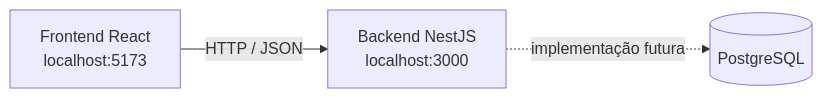
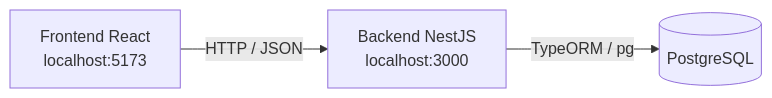
Before and after one commit to matheusgvl/assinaturaDigital: the first of 2 diagrams in README.md, drawn with Mermaid. The commit also changed other lines of this file and 3 other files, not shown here.

Commit message:
docs: documenta persistencia PostgreSQL e evidencias Ref #69

````diff
--- a/README.md
+++ b/README.md
@@ -11,5 +11,5 @@
 ```mermaid
 flowchart LR
   F[Frontend React\nlocalhost:5173] -->|HTTP / JSON| B[Backend NestJS\nlocalhost:3000]
-  B -.->|implementação futura| DB[(PostgreSQL)]
+  B -->|TypeORM / pg| DB[(PostgreSQL)]
 ```
````
